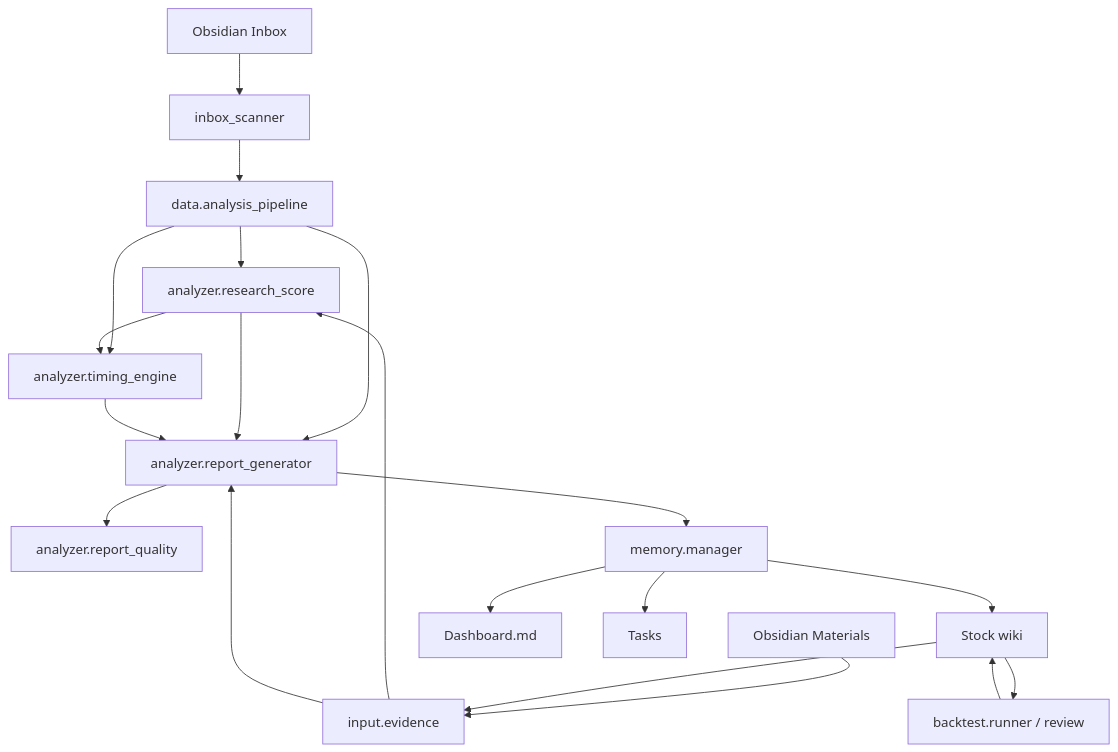
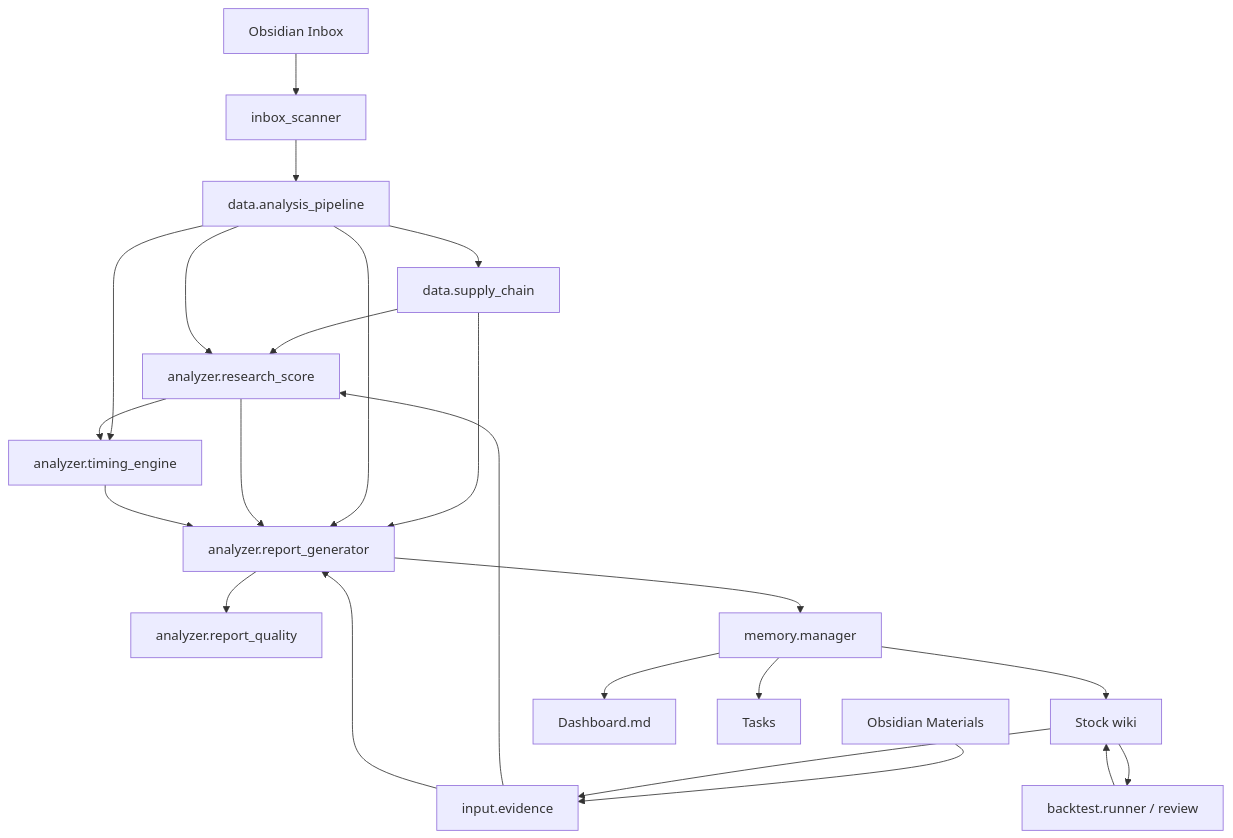
One commit to oliwill/Insight changed the diagram in docs/architecture.md. Above: the diagram before and after it, drawn with Mermaid. The commit also changed other lines of this file and 11 other files, not shown here.

````diff
--- a/docs/architecture.md
+++ b/docs/architecture.md
@@ -7,22 +7,25 @@
 ```mermaid
 flowchart TD
     Inbox[Obsidian Inbox] --> Scanner[inbox_scanner]
     Materials[Obsidian Materials] --> Evidence[input.evidence]
     Wiki[Stock wiki] --> Evidence
     Scanner --> Pipeline[data.analysis_pipeline]
+    Pipeline --> SupplyChain[data.supply_chain]
+    SupplyChain --> Score
+    SupplyChain --> Report
     Pipeline --> Score[analyzer.research_score]
     Evidence --> Score
     Pipeline --> Timing[analyzer.timing_engine]
     Score --> Timing
     Pipeline --> Report[analyzer.report_generator]
     Score --> Report
     Timing --> Report
     Evidence --> Report
     Report --> Quality[analyzer.report_quality]
     Report --> Memory[memory.manager]
     Memory --> Wiki
     Memory --> Dashboard[Dashboard.md]
     Memory --> Tasks[Tasks]
     Wiki --> Backtest[backtest.runner / review]
     Backtest --> Wiki
 ```
````
